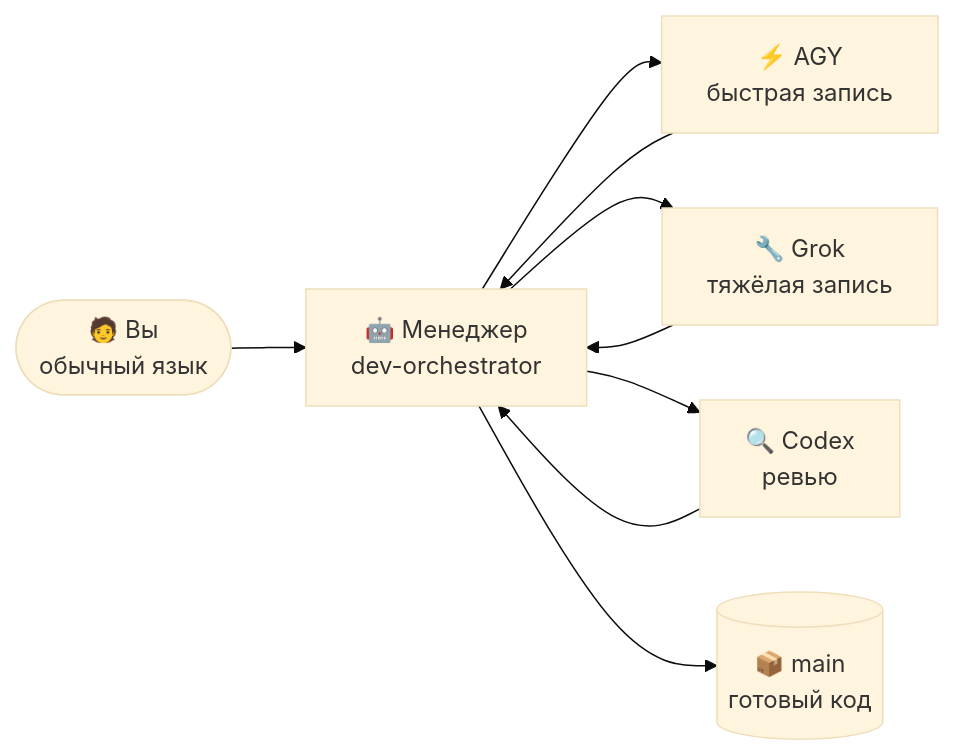
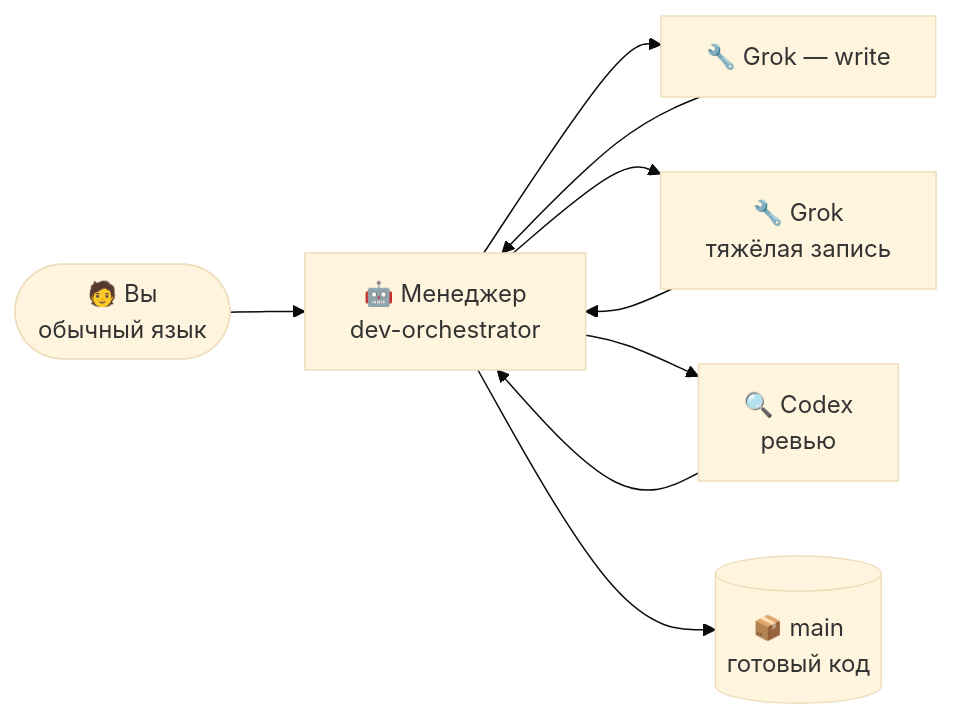
Before and after one commit to VKirill/claude-lane-stack: the diagram in docs/BEGINNER.ru.md, drawn with Mermaid (base theme). The commit also changed other lines of this file and 57 other files, not shown here.

First line of the commit message:
feat(lanes): Grok-only write + progressive MODE defaults

````diff
--- a/docs/BEGINNER.ru.md
+++ b/docs/BEGINNER.ru.md
@@ -20,11 +20,11 @@
 ```mermaid
 flowchart LR
     You(["🧑 Вы<br/>обычный язык"]) --> PM["🤖 Менеджер<br/>dev-orchestrator"]
-    PM --> W1["⚡ AGY<br/>быстрая запись"]
+    PM --> W1["🔧 Grok — write"]
     PM --> W2["🔧 Grok<br/>тяжёлая запись"]
     PM --> W3["🔍 Codex<br/>ревью"]
     W1 --> PM
     W2 --> PM
     W3 --> PM
     PM --> Main[("📦 main<br/>готовый код")]
 ```
````
